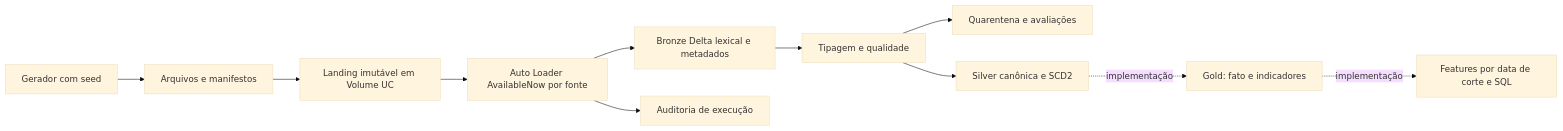
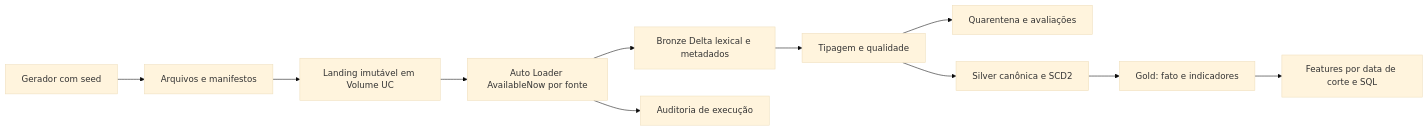
The diagram in docs/architecture.md (Daniel-F-Alencar/NovaRota_Case), drawn with Mermaid (base theme) before and after one commit. The commit also changed other lines of this file and 13 other files, not shown here.

````diff
--- a/docs/architecture.md
+++ b/docs/architecture.md
@@ -7,13 +7,13 @@
 ```mermaid
 flowchart LR
     G[Gerador com seed] --> M[Arquivos e manifestos]
     M --> V[Landing imutável em Volume UC]
     V --> A[Auto Loader AvailableNow por fonte]
     A --> B[Bronze Delta lexical e metadados]
     A --> O[Auditoria de execução]
     B --> Q[Tipagem e qualidade]
     Q --> X[Quarentena e avaliações]
     Q --> S[Silver canônica e SCD2]
-    S -. implementação .-> F[Gold: fato e indicadores]
-    F -. implementação .-> D[Features por data de corte e SQL]
+    S --> F[Gold: fato e indicadores]
+    F --> D[Features por data de corte e SQL]
 ```
````
